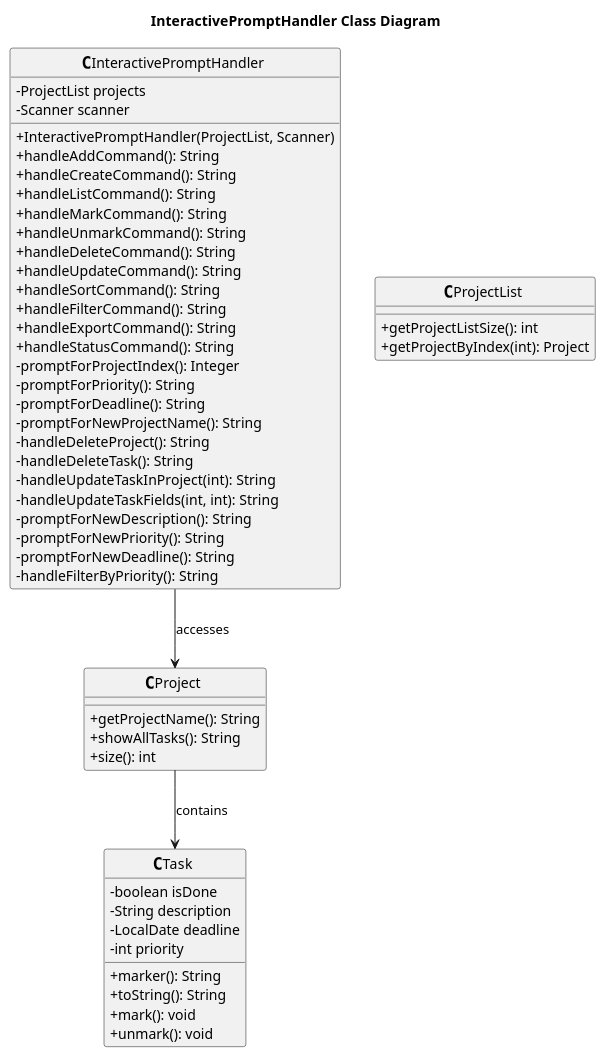
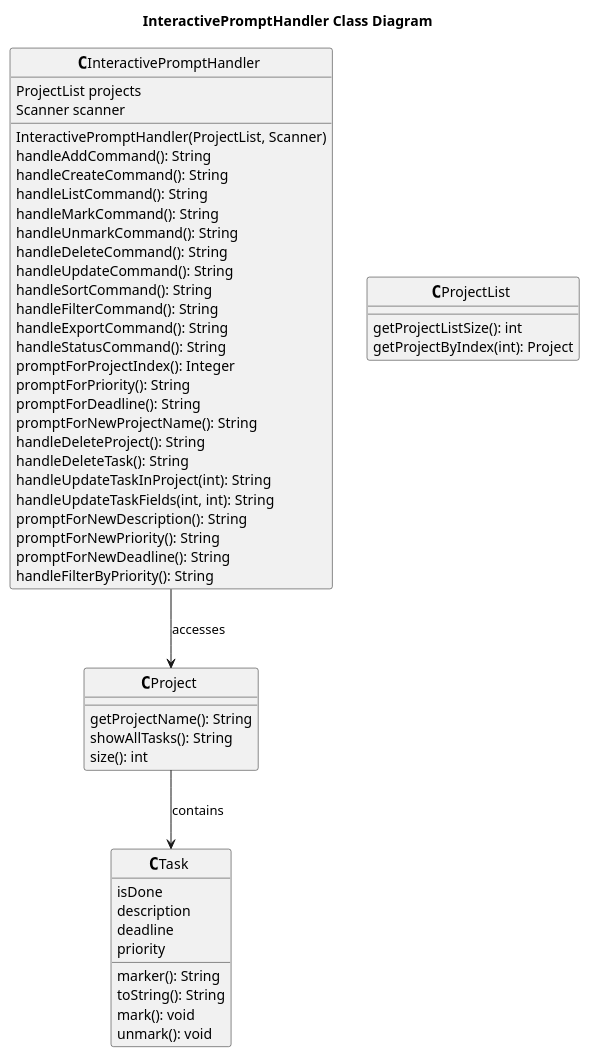
Before and after one commit to sean6369/tp: the diagram in docs/plantUML/interactive-prompt-handler/interactiveprompthandler-class-diagram.puml, drawn with PlantUML. The commit also changed 1 other file, not shown here.

Commit message:
Remove all visibility symbols from InteractivePromptHandler class diagram
- Removed all + and - prefixes from class attributes and methods
- Regenerated PNG to display a clean diagram without any visibility indicators
- Simplifies the diagram to focus on structure rather than access modifiers

```diff
--- a/docs/plantUML/interactive-prompt-handler/interactiveprompthandler-class-diagram.puml
+++ b/docs/plantUML/interactive-prompt-handler/interactiveprompthandler-class-diagram.puml
@@ -1,64 +1,64 @@
 @startuml InteractivePromptHandler Class Diagram
 title InteractivePromptHandler Class Diagram
 
 skinparam classAttributeIconSize 0
 skinparam shadowing false
 skinparam monochrome true
 skinparam circledCharacterRadius 0
 skinparam showVisibility false
 skinparam stereotypeCBackgroundColor transparent
 
 class InteractivePromptHandler {
-    -ProjectList projects
-    -Scanner scanner
-    +InteractivePromptHandler(ProjectList, Scanner)
-    +handleAddCommand(): String
-    +handleCreateCommand(): String
-    +handleListCommand(): String
-    +handleMarkCommand(): String
-    +handleUnmarkCommand(): String
-    +handleDeleteCommand(): String
-    +handleUpdateCommand(): String
-    +handleSortCommand(): String
-    +handleFilterCommand(): String
-    +handleExportCommand(): String
-    +handleStatusCommand(): String
-    -promptForProjectIndex(): Integer
-    -promptForPriority(): String
-    -promptForDeadline(): String
-    -promptForNewProjectName(): String
-    -handleDeleteProject(): String
-    -handleDeleteTask(): String
-    -handleUpdateTaskInProject(int): String
-    -handleUpdateTaskFields(int, int): String
-    -promptForNewDescription(): String
-    -promptForNewPriority(): String
-    -promptForNewDeadline(): String
-    -handleFilterByPriority(): String
+    ProjectList projects
+    Scanner scanner
+    InteractivePromptHandler(ProjectList, Scanner)
+    handleAddCommand(): String
+    handleCreateCommand(): String
+    handleListCommand(): String
+    handleMarkCommand(): String
+    handleUnmarkCommand(): String
+    handleDeleteCommand(): String
+    handleUpdateCommand(): String
+    handleSortCommand(): String
+    handleFilterCommand(): String
+    handleExportCommand(): String
+    handleStatusCommand(): String
+    promptForProjectIndex(): Integer
+    promptForPriority(): String
+    promptForDeadline(): String
+    promptForNewProjectName(): String
+    handleDeleteProject(): String
+    handleDeleteTask(): String
+    handleUpdateTaskInProject(int): String
+    handleUpdateTaskFields(int, int): String
+    promptForNewDescription(): String
+    promptForNewPriority(): String
+    promptForNewDeadline(): String
+    handleFilterByPriority(): String
 }
 
 class ProjectList {
-    +getProjectListSize(): int
-    +getProjectByIndex(int): Project
+    getProjectListSize(): int
+    getProjectByIndex(int): Project
 }
 
 class Project {
-    +getProjectName(): String
-    +showAllTasks(): String
-    +size(): int
+    getProjectName(): String
+    showAllTasks(): String
+    size(): int
 }
 
 class Task {
-    -boolean isDone
-    -String description
-    -LocalDate deadline
-    -int priority
-    +marker(): String
-    +toString(): String
-    +mark(): void
-    +unmark(): void
+    isDone
+    description
+    deadline
+    priority
+    marker(): String
+    toString(): String
+    mark(): void
+    unmark(): void
 }
 
 InteractivePromptHandler --> Project : accesses
 Project --> Task : contains
 @enduml
```
